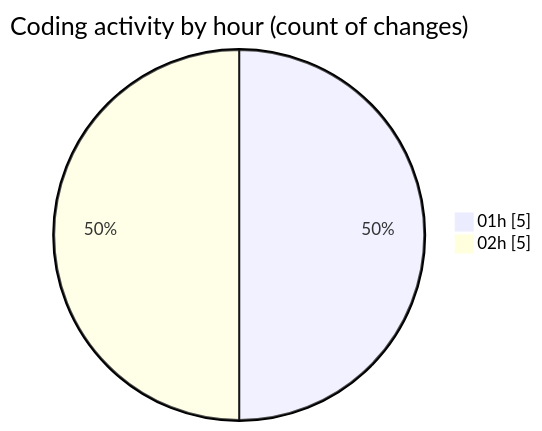
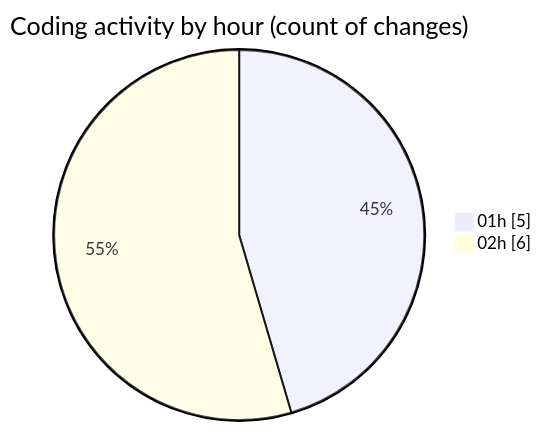
One commit to julien-gomy/code-tracking changed the second of 2 diagrams in 2025-10-23/eventscop-frontend-guide__workspace_/README.md. Above: the diagram before and after it, drawn with Mermaid. The commit also changed other lines of this file and 1 other file, not shown here.

````diff
--- a/2025-10-23/eventscop-frontend-guide__workspace_/README.md
+++ b/2025-10-23/eventscop-frontend-guide__workspace_/README.md
@@ -31,6 +32,6 @@
 ```mermaid
 pie showData
 title Coding activity by hour (count of changes)
 "01h" : 5
-"02h" : 5
+"02h" : 6
 ```
````
